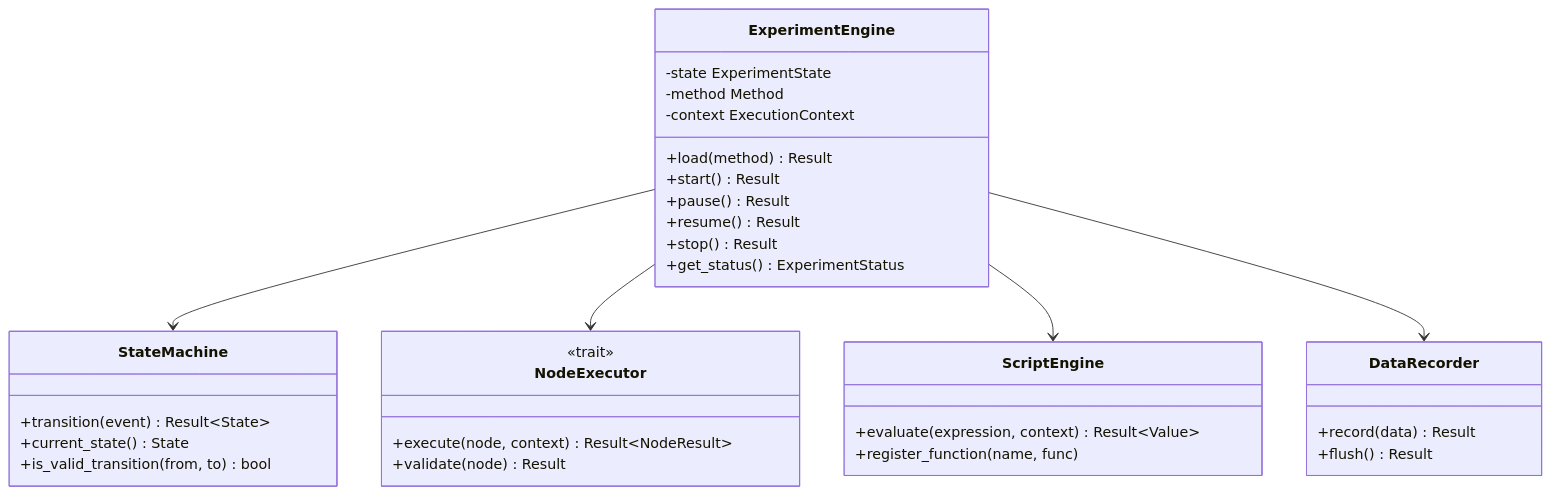
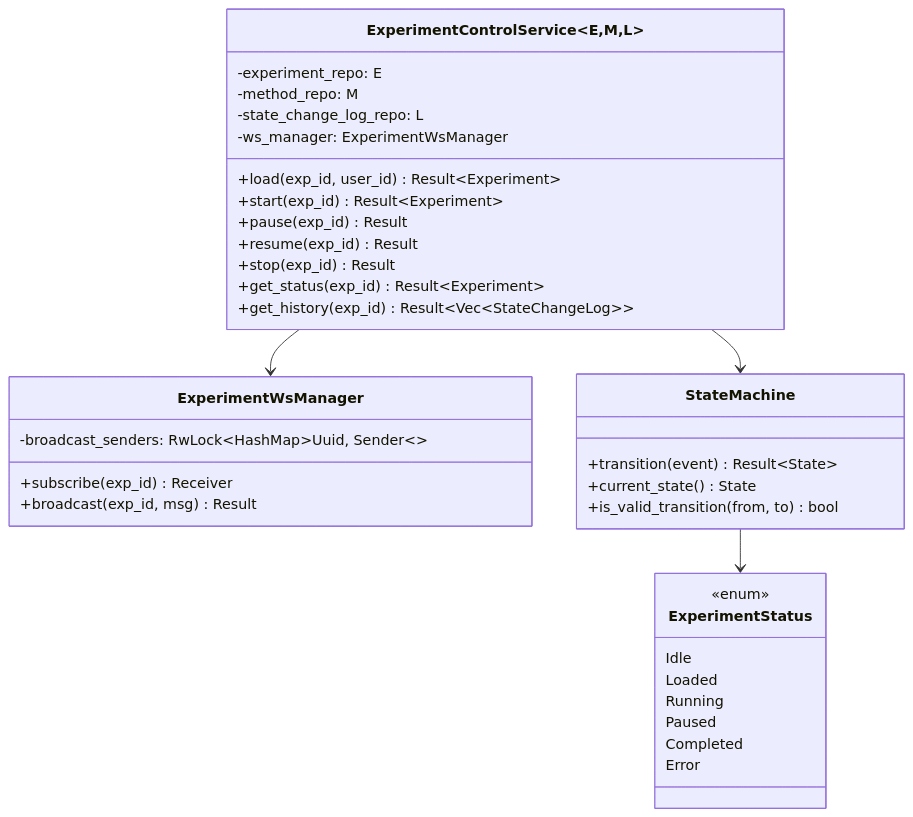
One commit to hoolheart/kayak changed the fifth of 6 diagrams in arch.md. Above: the diagram before and after it, drawn with Mermaid. The commit also changed other lines of this file, not shown here.

First line of the commit message:
docs: update arch.md to reflect Release 1 architecture (v1.2)

````diff
--- a/arch.md
+++ b/arch.md
@@ -272,41 +624,42 @@
 ```mermaid
 classDiagram
-    class ExperimentEngine {
-        -state ExperimentState
-        -method Method
-        -context ExecutionContext
-        +load(method) Result
-        +start() Result
-        +pause() Result
-        +resume() Result
-        +stop() Result
-        +get_status() ExperimentStatus
+    class ExperimentControlService~E,M,L~ {
+        -experiment_repo: E
+        -method_repo: M
+        -state_change_log_repo: L
+        -ws_manager: ExperimentWsManager
+        +load(exp_id, user_id) Result~Experiment~
+        +start(exp_id) Result~Experiment~
+        +pause(exp_id) Result
+        +resume(exp_id) Result
+        +stop(exp_id) Result
+        +get_status(exp_id) Result~Experiment~
+        +get_history(exp_id) Result~Vec~StateChangeLog~~
     }
-    
+
+    class ExperimentWsManager {
+        -broadcast_senders: RwLock~HashMap~Uuid, Sender~~
+        +subscribe(exp_id) Receiver
+        +broadcast(exp_id, msg) Result
+    }
+
     class StateMachine {
         +transition(event) Result~State~
         +current_state() State
         +is_valid_transition(from, to) bool
     }
-    
-    class NodeExecutor {
-        <<trait>>
-        +execute(node, context) Result~NodeResult~
-        +validate(node) Result
+
+    class ExperimentStatus {
+        <<enum>>
+        Idle
+        Loaded
+        Running
+        Paused
+        Completed
+        Error
     }
-    
-    class ScriptEngine {
-        +evaluate(expression, context) Result~Value~
-        +register_function(name, func)
-    }
-    
-    class DataRecorder {
-        +record(data) Result
-        +flush() Result
-    }
-    
-    ExperimentEngine --> StateMachine
-    ExperimentEngine --> NodeExecutor
-    ExperimentEngine --> ScriptEngine
-    ExperimentEngine --> DataRecorder
+
+    ExperimentControlService --> ExperimentWsManager
+    ExperimentControlService --> StateMachine
+    StateMachine --> ExperimentStatus
 ```
````
